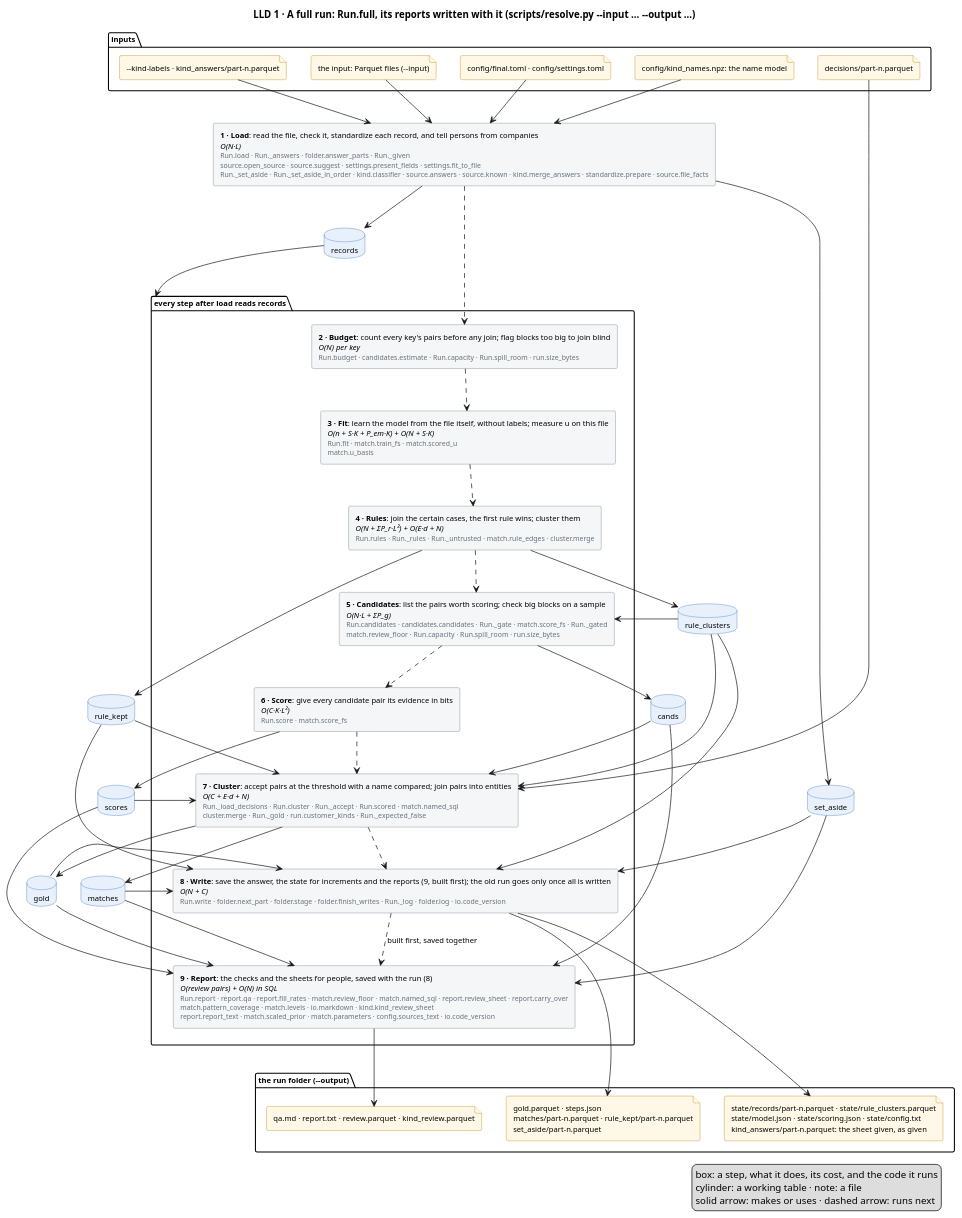
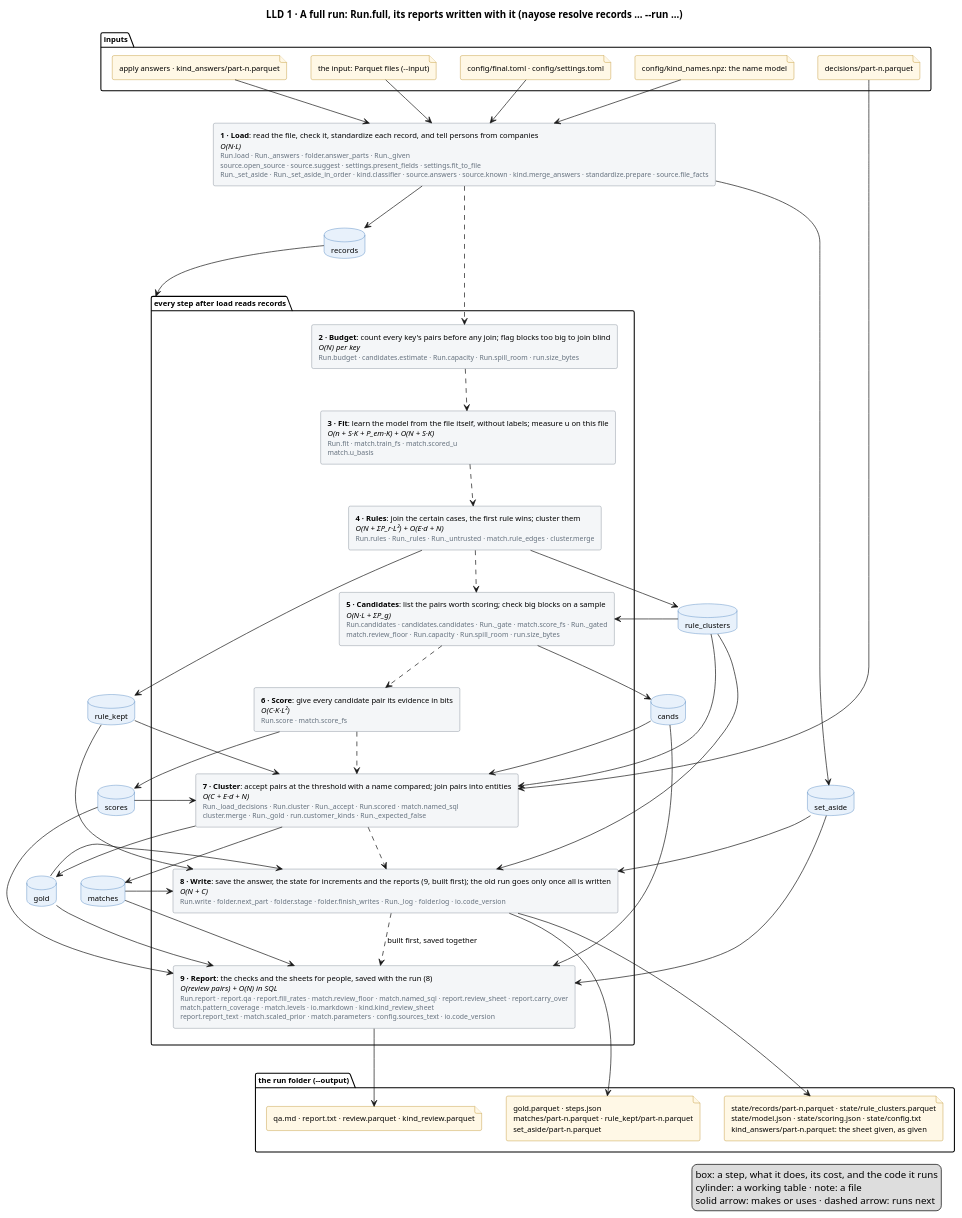
The diagram in docs/diagrams/full-run.puml (mvsbm/entity_matching), drawn with PlantUML before and after one commit. The commit also changed 48 other files, not shown here.

```diff
--- a/docs/diagrams/full-run.puml
+++ b/docs/diagrams/full-run.puml
@@ -1,100 +1,100 @@
 @startuml full-run
-title LLD 1 · A full run: Run.full, its reports written with it (scripts/resolve.py ~--input … ~--output …)
+title LLD 1 · A full run: Run.full, its reports written with it (nayose resolve records … ~--run …)
 skinparam defaultFontSize 11
 skinparam rectangle {
   BackgroundColor #F4F6F8
   BorderColor #65717E
 }
 skinparam database {
   BackgroundColor #E8F1FB
   BorderColor #2C6DB3
 }
 skinparam file {
   BackgroundColor #FFF8E6
   BorderColor #B07D00
 }
 
 package "inputs" {
   file "the input: Parquet files (~--input)" as f_input
   file "config/final.toml · config/settings.toml" as f_config
   file "config/kind_names.npz: the name model" as f_names
-  file "~--kind-labels · kind_answers/part-n.parquet" as f_answers
+  file "apply answers · kind_answers/part-n.parquet" as f_answers
   file "decisions/part-n.parquet" as f_decisions
 }
 
 
 rectangle "<b>1 · Load</b>: read the file, check it, standardize each record, and tell persons from companies\n<i>O(N·L)</i>\n<size:10><color:#65717E>Run.load · Run._answers · folder.answer_parts · Run._given</color></size>\n<size:10><color:#65717E>source.open_source · source.suggest · settings.present_fields · settings.fit_to_file</color></size>\n<size:10><color:#65717E>Run._set_aside · Run._set_aside_in_order · kind.classifier · source.answers · source.known · kind.merge_answers · standardize.prepare · source.file_facts</color></size>" as load
 package "every step after load reads records" as after_load {
   rectangle "<b>2 · Budget</b>: count every key's pairs before any join; flag blocks too big to join blind\n<i>O(N) per key</i>\n<size:10><color:#65717E>Run.budget · candidates.estimate · Run.capacity · Run.spill_room · run.size_bytes</color></size>" as budget
   rectangle "<b>3 · Fit</b>: learn the model from the file itself, without labels; measure u on this file\n<i>O(n + S·K + P_em·K) + O(N + S·K)</i>\n<size:10><color:#65717E>Run.fit · match.train_fs · match.scored_u</color></size>\n<size:10><color:#65717E>match.u_basis</color></size>" as fit
   rectangle "<b>4 · Rules</b>: join the certain cases, the first rule wins; cluster them\n<i>O(N + ΣP_r·L²) + O(E·d + N)</i>\n<size:10><color:#65717E>Run.rules · Run._rules · Run._untrusted · match.rule_edges · cluster.merge</color></size>" as rules
   rectangle "<b>5 · Candidates</b>: list the pairs worth scoring; check big blocks on a sample\n<i>O(N·L + ΣP_g)</i>\n<size:10><color:#65717E>Run.candidates · candidates.candidates · Run._gate · match.score_fs · Run._gated</color></size>\n<size:10><color:#65717E>match.review_floor · Run.capacity · Run.spill_room · run.size_bytes</color></size>" as candidates
   rectangle "<b>6 · Score</b>: give every candidate pair its evidence in bits\n<i>O(C·K·L²)</i>\n<size:10><color:#65717E>Run.score · match.score_fs</color></size>" as score
   rectangle "<b>7 · Cluster</b>: accept pairs at the threshold with a name compared; join pairs into entities\n<i>O(C + E·d + N)</i>\n<size:10><color:#65717E>Run._load_decisions · Run.cluster · Run._accept · Run.scored · match.named_sql</color></size>\n<size:10><color:#65717E>cluster.merge · Run._gold · run.customer_kinds · Run._expected_false</color></size>" as cluster
   rectangle "<b>8 · Write</b>: save the answer, the state for increments and the reports (9, built first); the old run goes only once all is written\n<i>O(N + C)</i>\n<size:10><color:#65717E>Run.write · folder.next_part · folder.stage · folder.finish_writes · Run._log · folder.log · io.code_version</color></size>" as write
   rectangle "<b>9 · Report</b>: the checks and the sheets for people, saved with the run (8)\n<i>O(review pairs) + O(N) in SQL</i>\n<size:10><color:#65717E>Run.report · report.qa · report.fill_rates · match.review_floor · match.named_sql · report.review_sheet · report.carry_over</color></size>\n<size:10><color:#65717E>match.pattern_coverage · match.levels · io.markdown · kind.kind_review_sheet</color></size>\n<size:10><color:#65717E>report.report_text · match.scaled_prior · match.parameters · config.sources_text · io.code_version</color></size>" as report
 }
 database "records" as records
 database "set_aside" as set_aside
 database "rule_clusters" as rule_clusters
 database "rule_kept" as rule_kept
 database "cands" as cands
 database "scores" as scores
 database "matches" as matches
 database "gold" as gold
 
 package "the run folder (~--output)" {
   file "gold.parquet · steps.json\nmatches/part-n.parquet · rule_kept/part-n.parquet\nset_aside/part-n.parquet" as f_out
   file "state/records/part-n.parquet · state/rule_clusters.parquet\nstate/model.json · state/scoring.json · state/config.txt\nkind_answers/part-n.parquet: the sheet given, as given" as f_state
   file "qa.md · report.txt · review.parquet · kind_review.parquet" as f_people
 }
 
 f_input --> load
 f_config --> load
 f_names --> load
 f_answers --> load
 f_decisions --> cluster
 
 load ..> budget
 budget ..> fit
 fit ..> rules
 rules ..> candidates
 candidates ..> score
 score ..> cluster
 cluster ..> write
 write ..> report : built first, saved together
 
 load --> records
 load --> set_aside
 records --> after_load
 rules --> rule_clusters
 rules --> rule_kept
 rule_clusters --> candidates
 rule_clusters --> cluster
 rule_clusters --> write
 rule_kept --> cluster
 rule_kept --> write
 candidates --> cands
 cands --> cluster
 cands --> report
 score --> scores
 scores --> cluster
 scores --> report
 cluster --> matches
 cluster --> gold
 matches --> write
 matches --> report
 gold --> write
 gold --> report
 set_aside --> write
 set_aside --> report
 
 write --> f_out
 write --> f_state
 report --> f_people
 legend right
   box: a step, what it does, its cost, and the code it runs
   cylinder: a working table · note: a file
   solid arrow: makes or uses · dashed arrow: runs next
 endlegend
 @enduml
```
